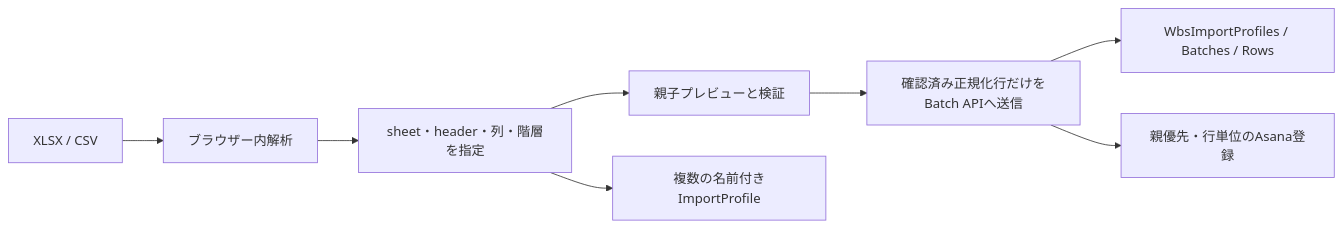
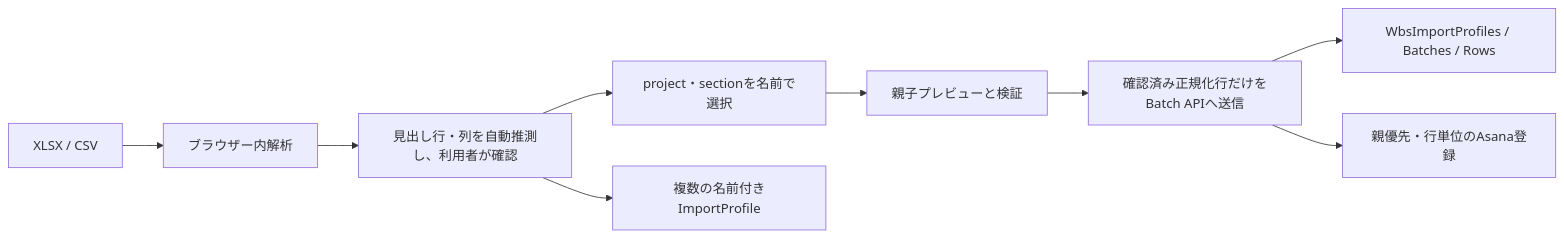
The third of 3 diagrams in ARCHITECTURE.md (onishichimaki/Asana_App), drawn with Mermaid before and after one commit. The commit also changed other lines of this file and 27 other files, not shown here.

Commit message:
Improve WBS mapping and Asana destination selection (#7)

````diff
--- a/ARCHITECTURE.md
+++ b/ARCHITECTURE.md
@@ -99,10 +101,11 @@
 ```mermaid
 flowchart LR
     File["XLSX / CSV"] --> Parse["ブラウザー内解析"]
-    Parse --> Mapping["sheet・header・列・階層を指定"]
-    Mapping --> Preview["親子プレビューと検証"]
+    Parse --> Mapping["見出し行・列を自動推測し、利用者が確認"]
+    Mapping --> Destination["project・sectionを名前で選択"]
+    Destination --> Preview["親子プレビューと検証"]
     Preview --> Batch["確認済み正規化行だけをBatch APIへ送信"]
     Batch --> Db2["WbsImportProfiles / Batches / Rows"]
     Batch --> Asana2["親優先・行単位のAsana登録"]
     Mapping --> Profile["複数の名前付きImportProfile"]
 ```
````
